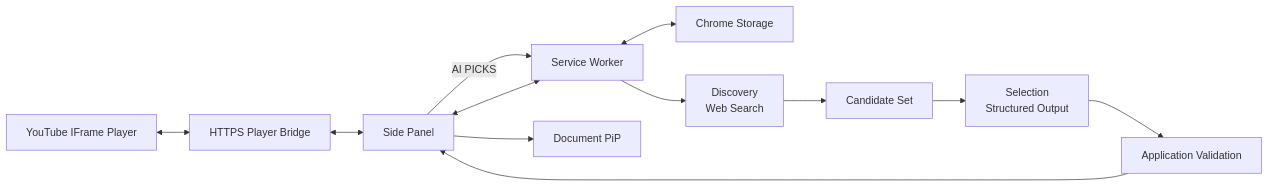
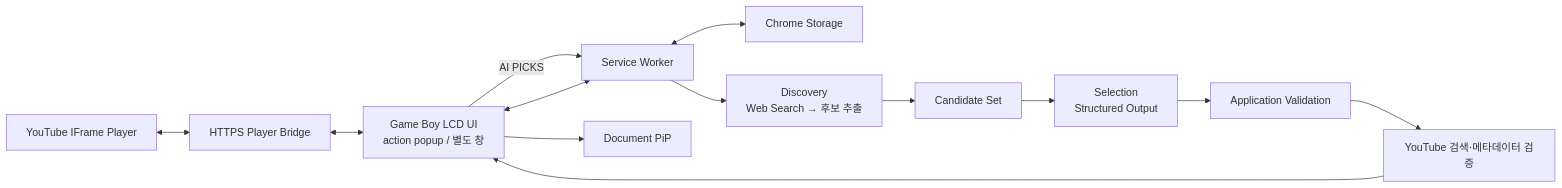
One commit to seoheejung/pixel-jukebox changed the diagram in README.md. Above: the diagram before and after it, drawn with Mermaid. The commit also changed other lines of this file and 58 other files, not shown here.

Commit message:
feat: refine Game Boy player UI and recommendation workflow

````diff
--- a/README.md
+++ b/README.md
@@ -76,27 +93,29 @@
 ```mermaid
 flowchart LR
     YouTube["YouTube IFrame Player"]
     Bridge["HTTPS Player Bridge"]
     Worker["Service Worker"]
-    Panel["Side Panel"]
+    Panel["Game Boy LCD UI<br/>action popup / 별도 창"]
     Storage["Chrome Storage"]
     PiP["Document PiP"]
 
-    Discovery["Discovery<br/>Web Search"]
+    Discovery["Discovery<br/>Web Search → 후보 추출"]
     Candidates["Candidate Set"]
     Selection["Selection<br/>Structured Output"]
     Validation["Application Validation"]
+    Resolver["YouTube 검색·메타데이터 검증"]
 
     YouTube <--> Bridge
     Bridge <--> Panel
     Worker <--> Panel
     Worker <--> Storage
     Panel --> PiP
 
     Panel -->|"AI PICKS"| Worker
     Worker --> Discovery
     Discovery --> Candidates
     Candidates --> Selection
     Selection --> Validation
-    Validation --> Panel
+    Validation --> Resolver
+    Resolver --> Panel
 ```
````
